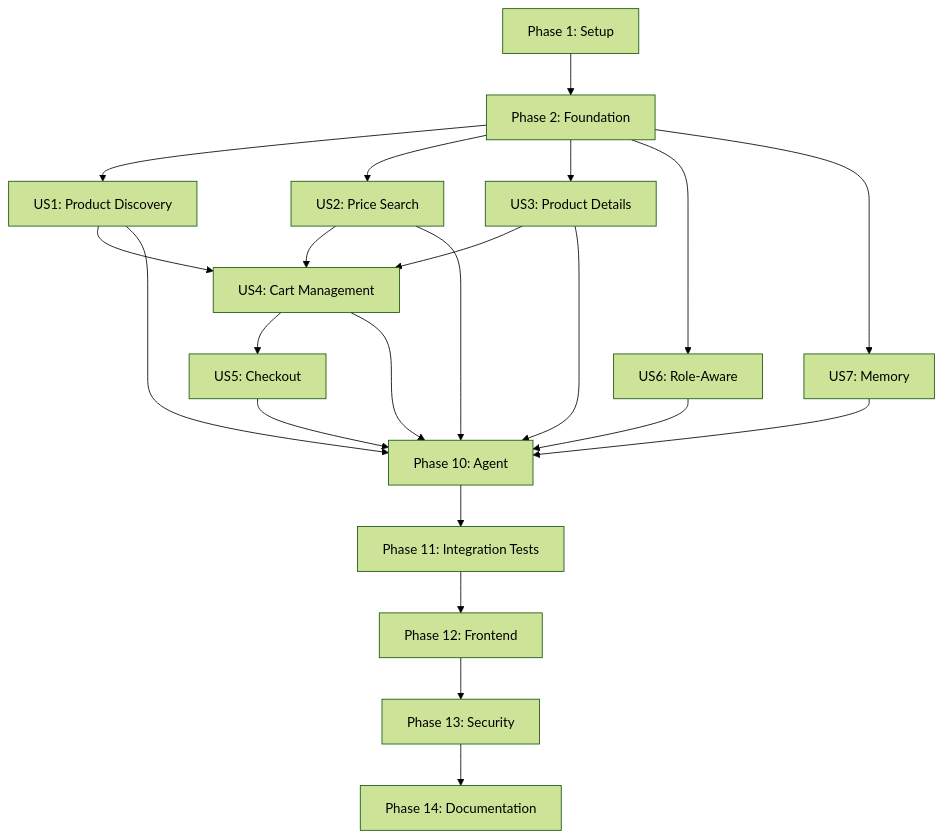
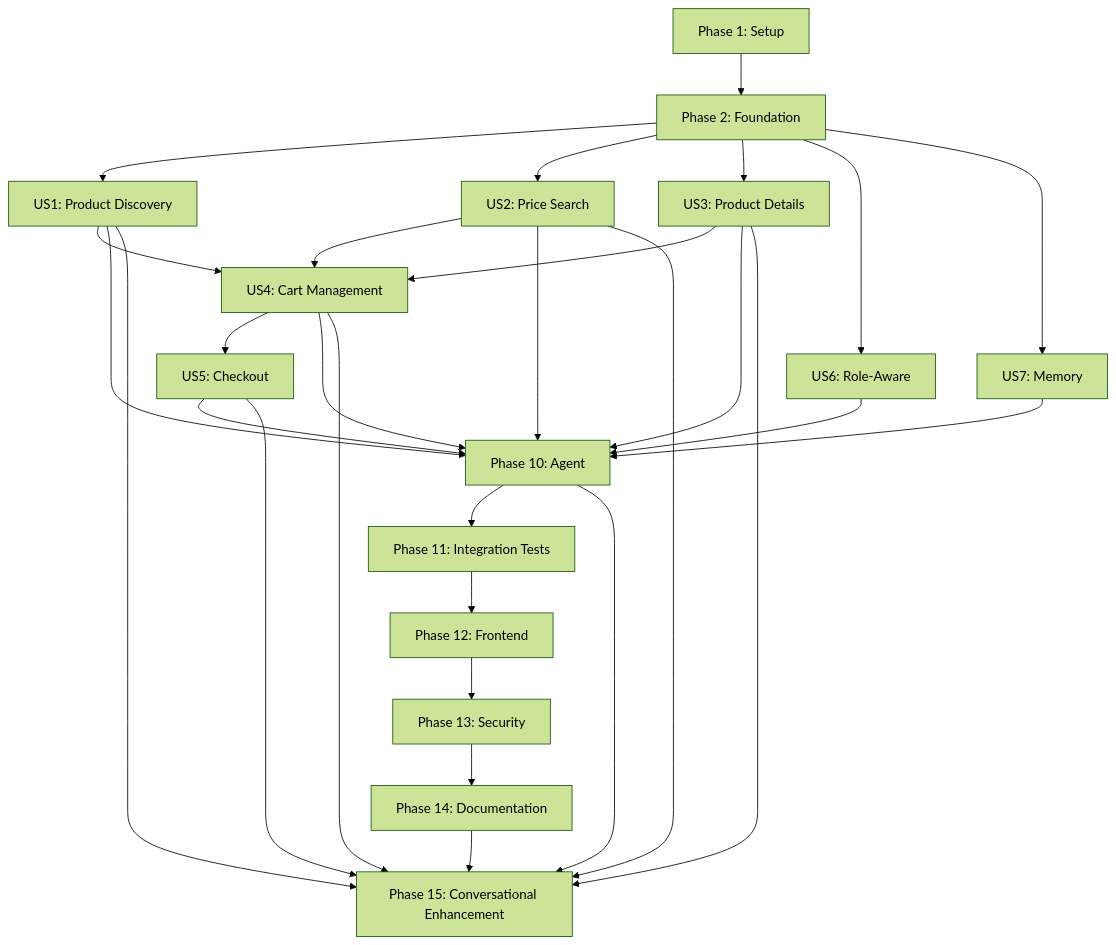
The diagram in .specify/specs/002-ai-shopping-assistant/tasks.md (Nauflars/myshop), drawn with Mermaid (forest theme) before and after one commit. The commit also changed other lines of this file and 32 other files, not shown here.

````diff
--- a/.specify/specs/002-ai-shopping-assistant/tasks.md
+++ b/.specify/specs/002-ai-shopping-assistant/tasks.md
@@ -344,24 +344,31 @@
 ```mermaid
 graph TD
     Setup[Phase 1: Setup] --> Foundation[Phase 2: Foundation]
     Foundation --> US1[US1: Product Discovery]
     Foundation --> US2[US2: Price Search]
     Foundation --> US3[US3: Product Details]
     US1 --> US4[US4: Cart Management]
     US2 --> US4
     US3 --> US4
     US4 --> US5[US5: Checkout]
     Foundation --> US6[US6: Role-Aware]
     Foundation --> US7[US7: Memory]
     US1 --> Agent[Phase 10: Agent]
     US2 --> Agent
     US3 --> Agent
     US4 --> Agent
     US5 --> Agent
     US6 --> Agent
     US7 --> Agent
     Agent --> Integration[Phase 11: Integration Tests]
     Integration --> Frontend[Phase 12: Frontend]
     Frontend --> Security[Phase 13: Security]
     Security --> Docs[Phase 14: Documentation]
+    Docs --> Enhancement[Phase 15: Conversational Enhancement]
+    US1 --> Enhancement
+    US2 --> Enhancement
+    US3 --> Enhancement
+    US4 --> Enhancement
+    US5 --> Enhancement
+    Agent --> Enhancement
 ```
````
